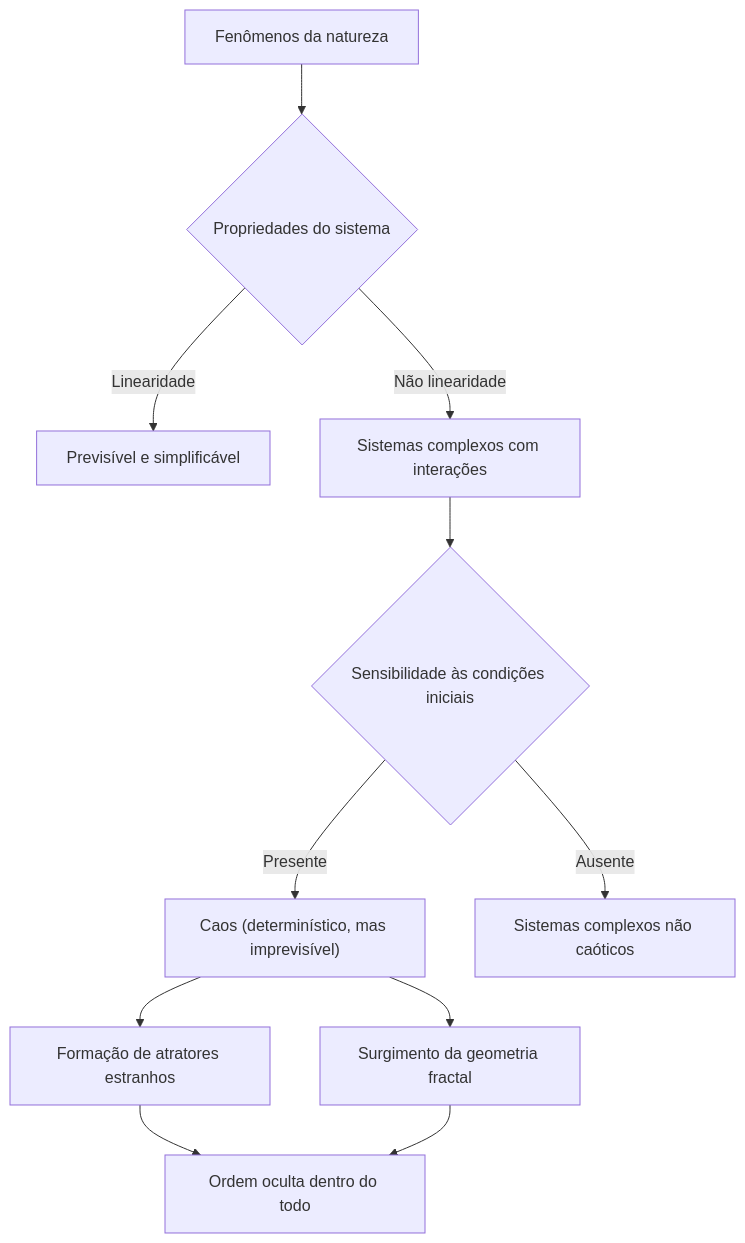
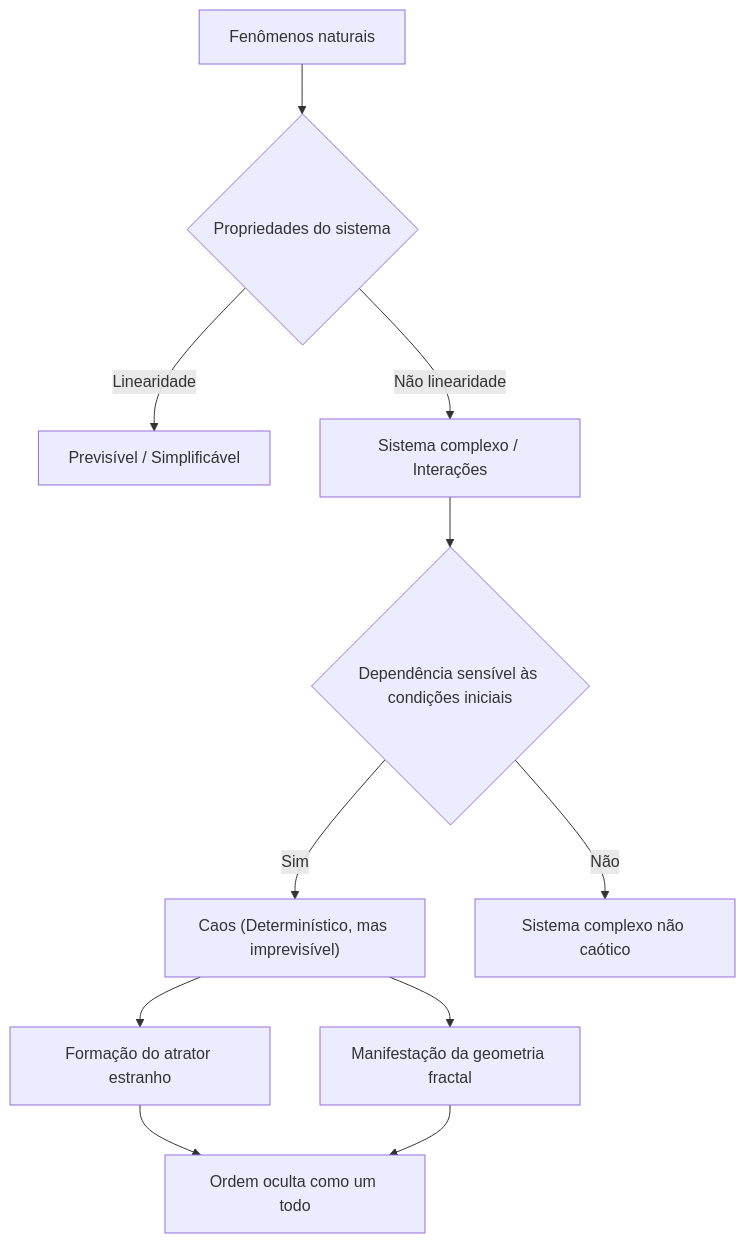
Before and after one commit to kenjinote/blog: the second of 2 diagrams in content/post/chaos-theory/index.pt.md, drawn with Mermaid. The commit also changed other lines of this file and 97 other files, not shown here.

````diff
--- a/content/post/chaos-theory/index.pt.md
+++ b/content/post/chaos-theory/index.pt.md
@@ -201,13 +201,13 @@
 ```mermaid
 graph TD
-    A["Fenômenos da natureza"] --> B{"Propriedades do sistema"}
-    B -->|"Linearidade"| C["Previsível e simplificável"]
-    B -->|"Não linearidade"| D["Sistemas complexos com interações"]
-    D --> E{"Sensibilidade às condições iniciais"}
-    E -->|"Presente"| F["Caos (determinístico, mas imprevisível)"]
-    E -->|"Ausente"| G["Sistemas complexos não caóticos"]
-    F --> H["Formação de atratores estranhos"]
-    F --> I["Surgimento da geometria fractal"]
-    H --> J["Ordem oculta dentro do todo"]
+    A["Fenômenos naturais"] --> B{"Propriedades do sistema"}
+    B -->|"Linearidade"| C["Previsível / Simplificável"]
+    B -->|"Não linearidade"| D["Sistema complexo / Interações"]
+    D --> E{"Dependência sensível às condições iniciais"}
+    E -->|"Sim"| F["Caos (Determinístico, mas imprevisível)"]
+    E -->|"Não"| G["Sistema complexo não caótico"]
+    F --> H["Formação do atrator estranho"]
+    F --> I["Manifestação da geometria fractal"]
+    H --> J["Ordem oculta como um todo"]
     I --> J
 ```
````
